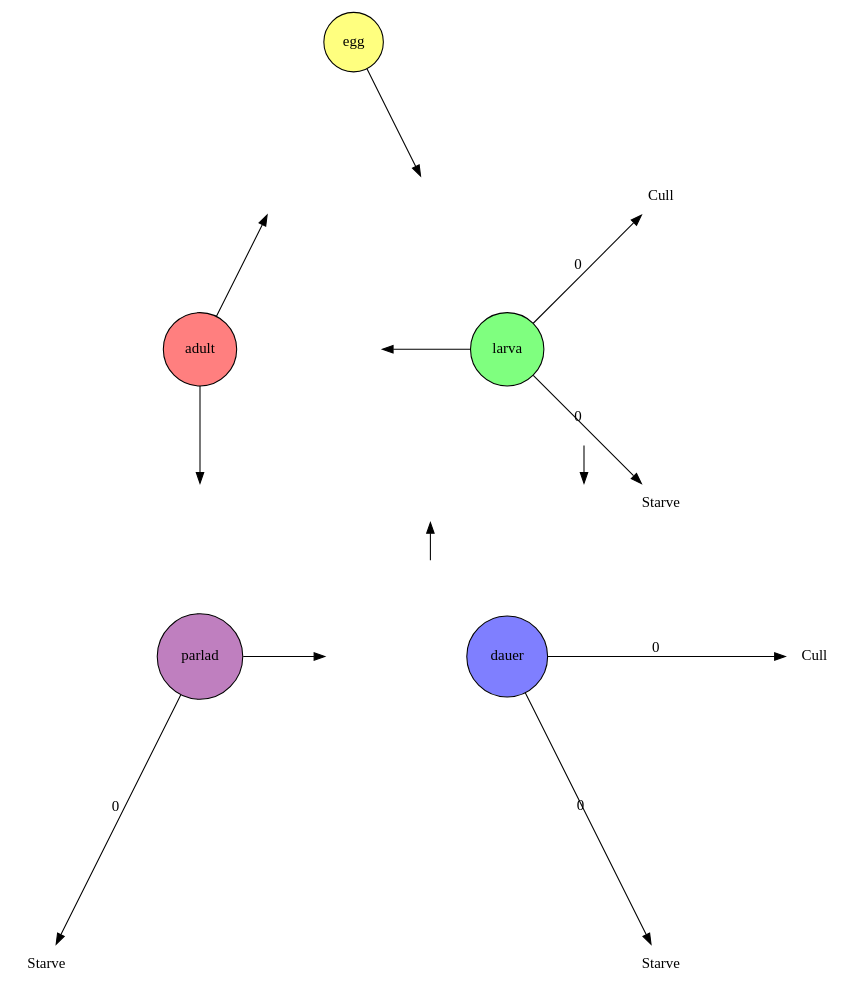
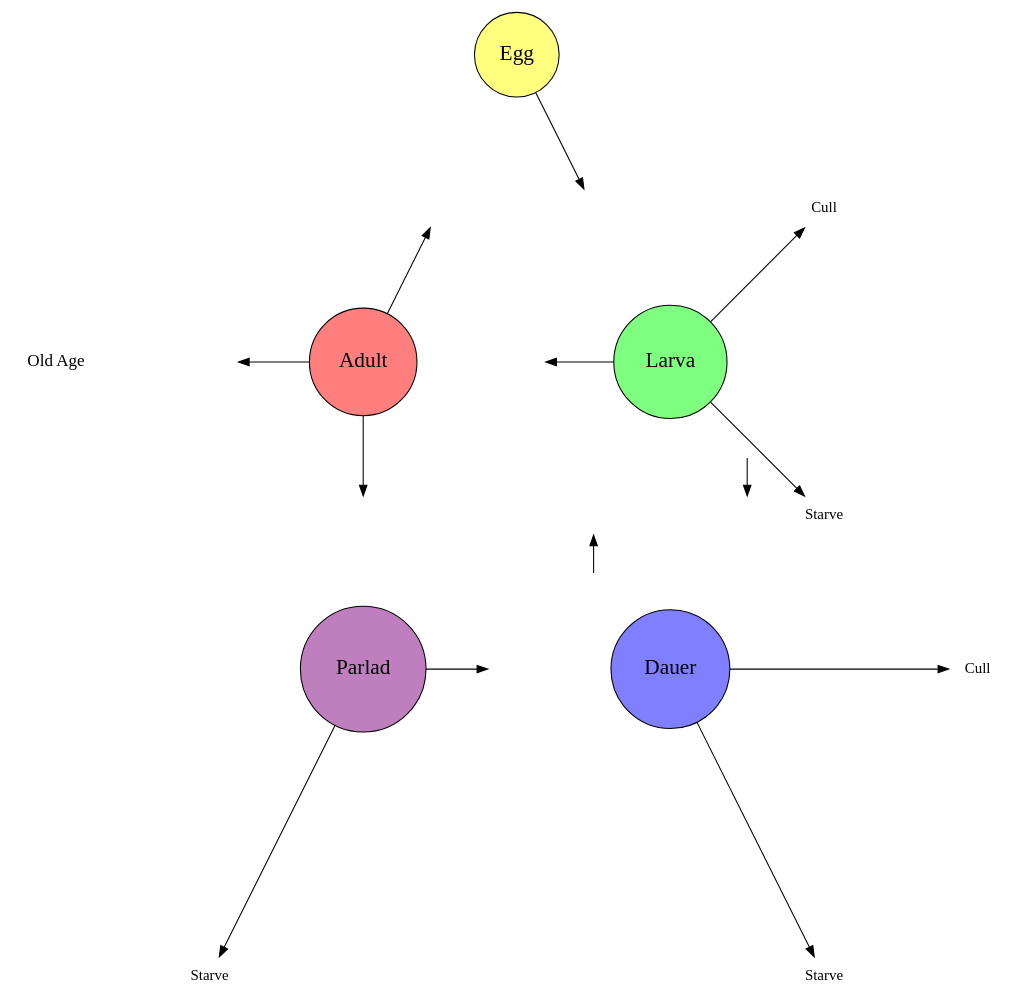
One commit to BnetButter/wormpop changed the diagram in plot_util/movie/init_graph.dot. Above: the diagram before and after it, drawn with Graphviz. The commit also changed 2 other files, not shown here.

Commit message:
add old age

```diff
--- a/plot_util/movie/init_graph.dot
+++ b/plot_util/movie/init_graph.dot
@@ -1,50 +1,55 @@
 digraph {
 
     layout=neato
     graph [ nodesep=1 ranksep=1 ] 
 
-    adult [ pos="0,8!" id="adult" shape=circle, style=filled, fillcolor="#FF000080"] // Semi-transparent Red
-    egg [  pos="2,12!" id="egg" shape=circle, style=filled, fillcolor="#FFFF0080"] // Semi-transparent Yellow
-    larva [ pos="4,8!" id="larva" shape=circle, style=filled, fillcolor="#00FF0080"] // Semi-transparent Green
-    dauer [ pos="4,4!" id="dauer" shape=circle, style=filled, fillcolor="#0000FF80"] // Semi-transparent Blue
-    parlad [ pos="0,4!" id="parlad" shape=circle, style=filled, fillcolor="#80008080"] // Semi-transparent Purple
+    adult [ label="Adult" fontsize=20 pos="0,8!" id="adult" shape=circle, style=filled, fillcolor="#FF000080"] // Semi-transparent Red
+    egg [  label="Egg" fontsize=20 pos="2,12!" id="egg" shape=circle, style=filled, fillcolor="#FFFF0080"] // Semi-transparent Yellow
+    larva [ label="Larva" fontsize=20 pos="4,8!" id="larva" shape=circle, style=filled, fillcolor="#00FF0080"] // Semi-transparent Green
+    dauer [ label="Dauer" fontsize=20 pos="4,4!" id="dauer" shape=circle, style=filled, fillcolor="#0000FF80"] // Semi-transparent Blue
+    parlad [ label="Parlad" fontsize=20 pos="0,4!" id="parlad" shape=circle, style=filled, fillcolor="#80008080"] // Semi-transparent Purple
 
     
     invis_egg [ pos="1,10!" shape=plaintext label="" ]
-    invis_larva [ pos="3,10!" shape=plaintext label="" ] 
+    invis_larva [ pos="3,10!" shape=plaintext label="" ]
     invis_adult [ pos="2,8!" shape=plaintext label="" ]
     invis_dauer [ pos="2,4!" shape=plaintext label="" ]
     invis_parlad [ pos="0,6!" shape=plaintext label="" ]
-
+    
 
     invis_dauer_larva_a [ pos="3,5!" shape=plaintext label=""]
     invis_dauer_larva_b [ pos="3,6!" shape=plaintext label=""]
 
         
     invis_larva_dauer_b [ pos="5,6!" shape=plaintext label=""]
     invis_larva_dauer_a [ pos="5,7!" shape=plaintext label=""]
 
     adult -> invis_egg [ id="egg_adult" ]
     egg -> invis_larva [ id="egg_larva" ] 
     larva -> invis_adult [ id="larva_adult" ]
 
     invis_larva_dauer_a -> invis_larva_dauer_b [ id="larva_dauer" ] 
     invis_dauer_larva_a -> invis_dauer_larva_b [ id="dauer_larva" ]
 
     adult -> invis_parlad [ id="adult_parlad" ]
     parlad -> invis_dauer [ id="parlad_dauer" ]
 
     parlad_starve [ pos="-2,0!" shape=plaintext label=Starve ]
     dauer_starve [ pos="6,0!" shape=plaintext  label=Starve ]
     larva_starve [ pos="6,6!"shape=plaintext label=Starve ] 
     larva_cull [  pos="6,10!" shape=plaintext   label=Cull ]
     dauer_cull [ pos="8,4!" shape=plaintext label=Cull ]
 
-    parlad -> parlad_starve [ id="parlad_parladStarve" label="0" ]
+    adult_old [ pos="-4,8!" fontsize=16 shape=plaintext label="Old Age" ]
+    adult_old_invis [ pos="-2,8!" shape=plaintext label="" ]
+
+    adult -> adult_old_invis [ id="adult_old" ]
+
+    parlad -> parlad_starve [ id="parlad_parladStarve" label="" ]
     
-    dauer -> dauer_starve [ id="dauer_dauerStarve" label="0"]
-    dauer -> dauer_cull [ id="dauer_dauerCull" label="0" ]
-    larva -> larva_starve [ id="larva_larvaStarve" label="0" ]
-    larva -> larva_cull [ id="larva_larvaCull" label="0"]
+    dauer -> dauer_starve [ id="dauer_dauerStarve" label=""]
+    dauer -> dauer_cull [ id="dauer_dauerCull" label="" ]
+    larva -> larva_starve [ id="larva_larvaStarve" label="" ]
+    larva -> larva_cull [ id="larva_larvaCull" label=""]
 
 }
```
